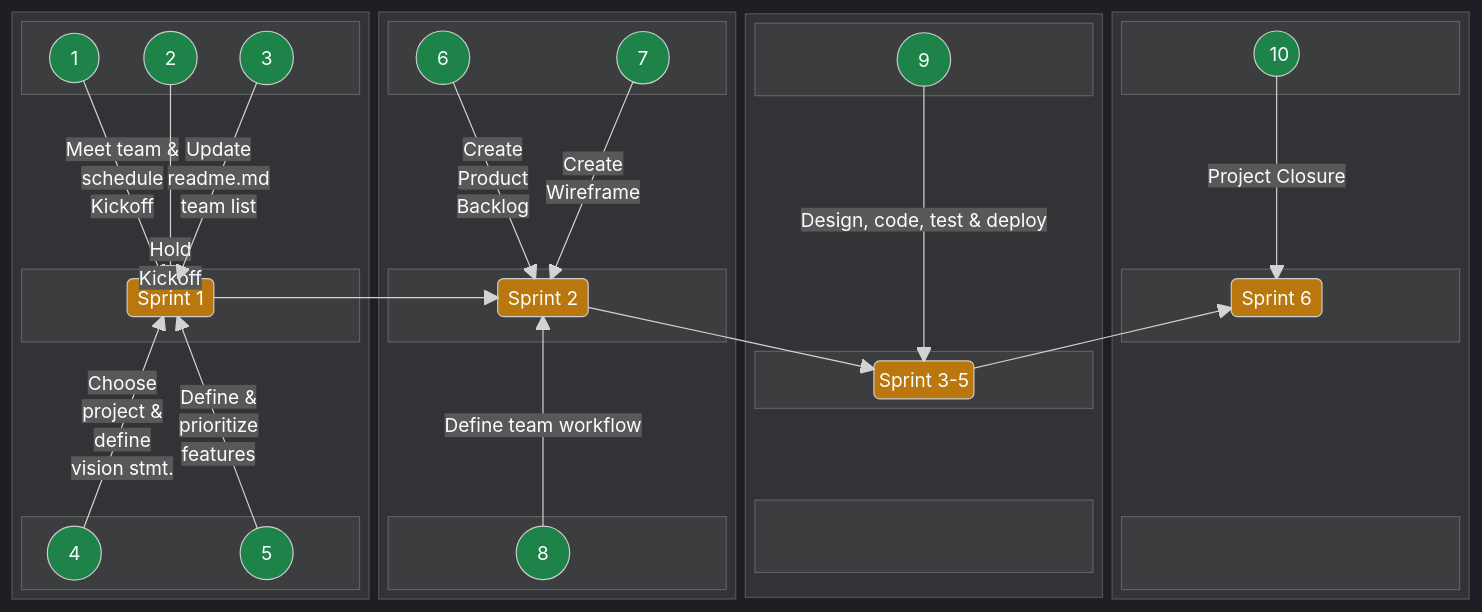
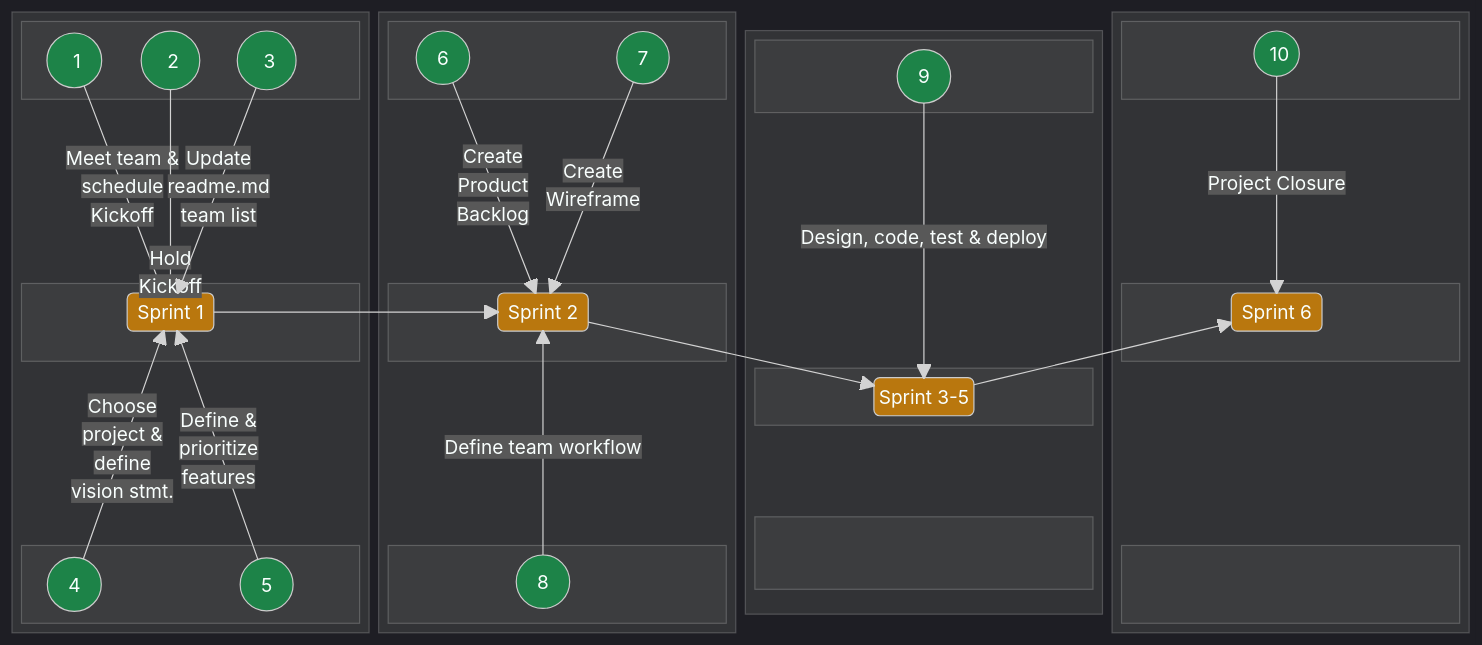
One commit to jdmedlock/mermaid_testing changed the second of 2 diagrams in README.md. Above: the diagram before and after it, drawn with Mermaid.

Commit message:
Feature: Experiment with horizontal block diagram layout

```diff
--- a/README.md
+++ b/README.md
@@ -103,9 +103,9 @@
       columns 1
       block:B1TOP
         columns 3
-        A1(("&nbsp;&nbsp; 1 &nbsp;&nbsp;"))
-        A2(("&nbsp;&nbsp; 2 &nbsp;&nbsp;"))
-        A3(("&nbsp;&nbsp; 3 &nbsp;&nbsp;"))
+        A1(("&nbsp;&nbsp;&nbsp; 1 &nbsp;&nbsp;"))
+        A2(("&nbsp;&nbsp;&nbsp; 2 &nbsp;&nbsp;"))
+        A3(("&nbsp;&nbsp;&nbsp; 3 &nbsp;&nbsp;"))
       end
       space
       space
```
